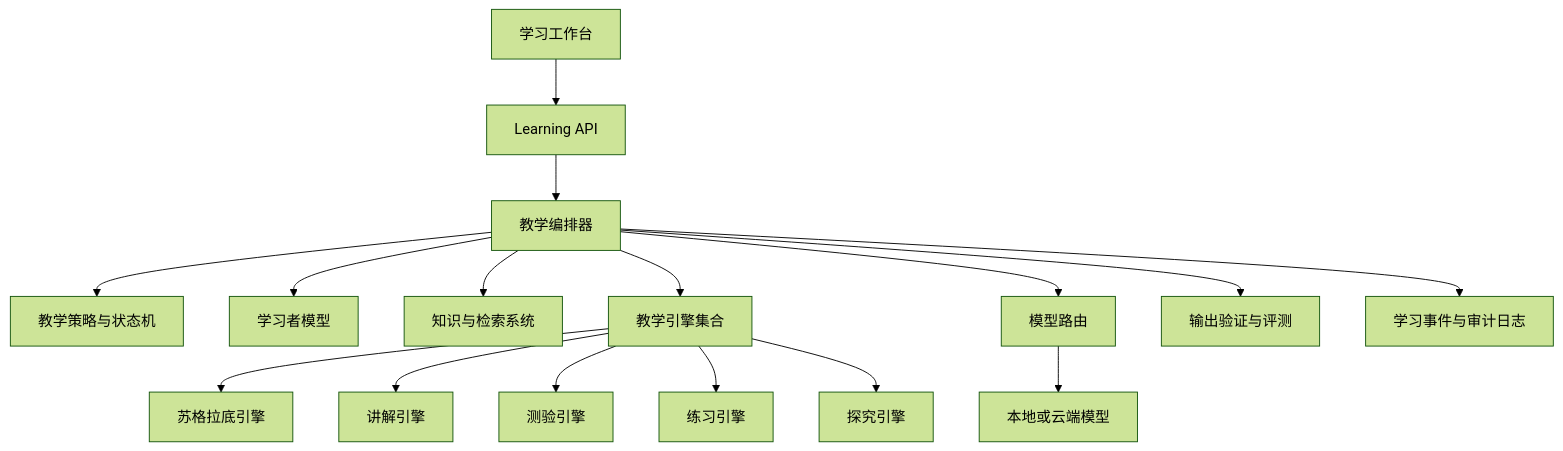
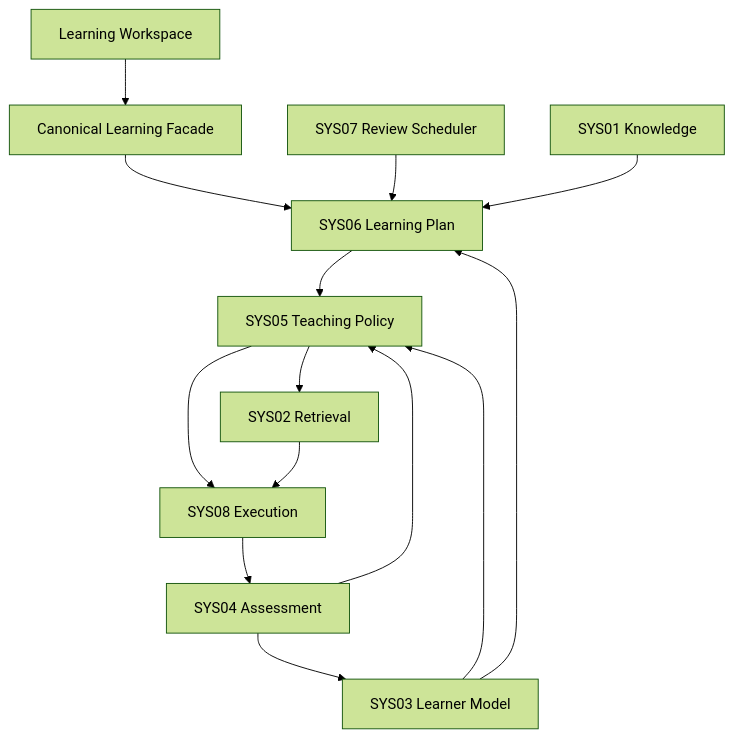
The third of 3 diagrams in docs/design/个人AI辅助学习平台设计方案.md (Xike-yuhuofei/Askora), drawn with Mermaid (forest theme) before and after one commit. The commit also changed other lines of this file, not shown here.

Commit message:
docs: freeze v0.3 adaptive teaching canonical design

````diff
--- a/docs/design/个人AI辅助学习平台设计方案.md
+++ b/docs/design/个人AI辅助学习平台设计方案.md
@@ -345,18 +539,16 @@
 ```mermaid
 flowchart TB
-    UI[学习工作台] --> API[Learning API]
-    API --> ORC[教学编排器]
-    ORC --> POLICY[教学策略与状态机]
-    ORC --> LM[学习者模型]
-    ORC --> KS[知识与检索系统]
-    ORC --> ENGINES[教学引擎集合]
-    ENGINES --> S[苏格拉底引擎]
-    ENGINES --> E[讲解引擎]
-    ENGINES --> Q[测验引擎]
-    ENGINES --> D[练习引擎]
-    ENGINES --> I[探究引擎]
-    ORC --> ROUTER[模型路由]
-    ROUTER --> MODELS[本地或云端模型]
-    ORC --> EVAL[输出验证与评测]
-    ORC --> EVENTS[学习事件与审计日志]
+    UI[Learning Workspace] --> API[Canonical Learning Facade]
+    API --> P[SYS06 Learning Plan]
+    P --> S[SYS05 Teaching Policy]
+    L[SYS03 Learner Model] --> S
+    A[SYS04 Assessment] --> S
+    V[SYS07 Review Scheduler] --> P
+    K[SYS01 Knowledge] --> P
+    S --> R[SYS02 Retrieval]
+    S --> X[SYS08 Execution]
+    R --> X
+    X --> A
+    A --> L
+    L --> P
 ```
````
